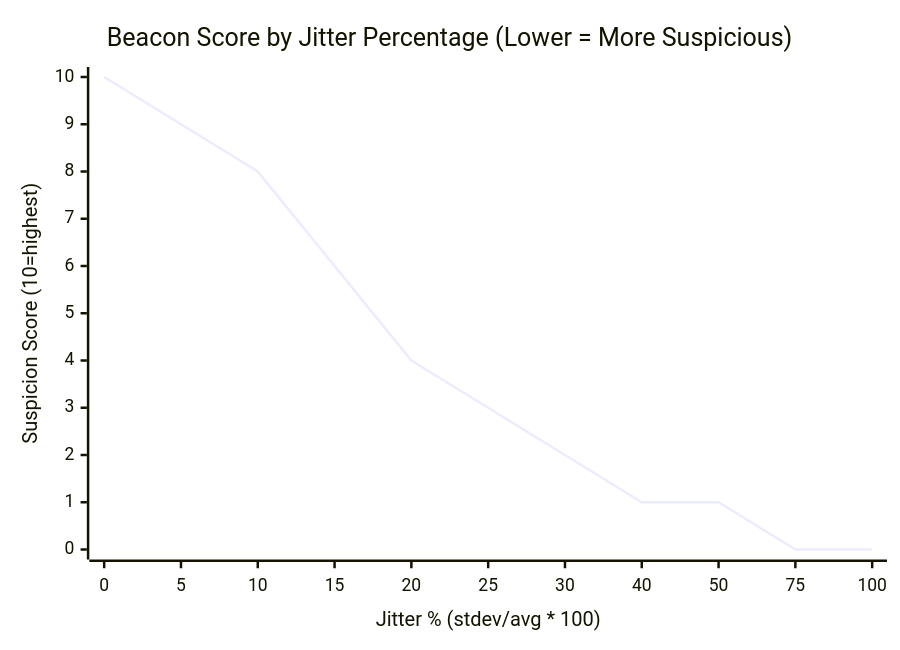
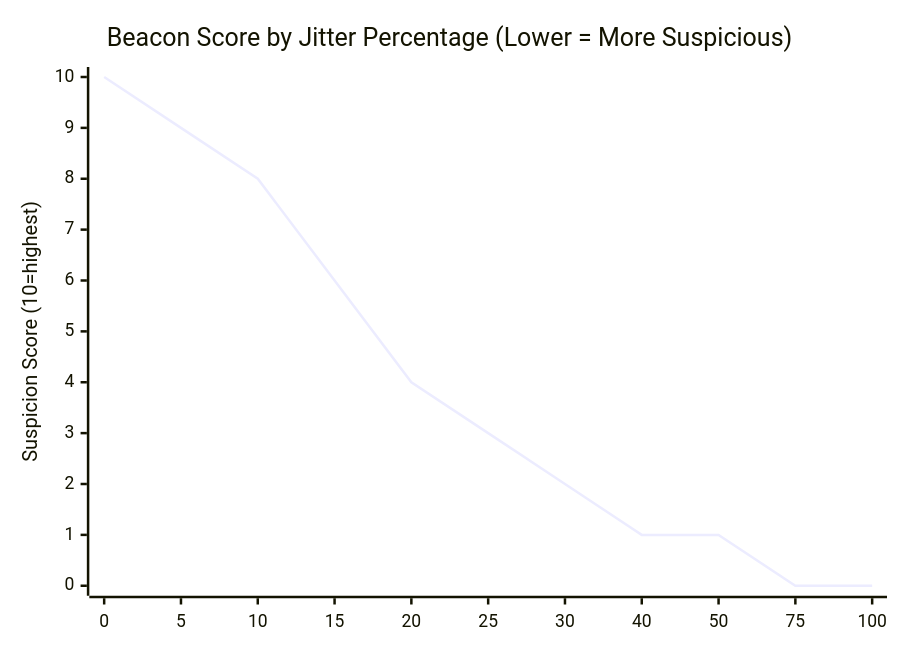
The fifth of 7 diagrams in 03_detection_use_cases/01_beaconing.md (dev-nobytes-io/Stats-for-soc-analysts), drawn with Mermaid before and after one commit. The commit also changed other lines of this file and 14 other files, not shown here.

````diff
--- a/03_detection_use_cases/01_beaconing.md
+++ b/03_detection_use_cases/01_beaconing.md
@@ -432,7 +432,7 @@
 ```mermaid
 xychart-beta
     title "Beacon Score by Jitter Percentage (Lower = More Suspicious)"
-    x-axis "Jitter % (stdev/avg * 100)" [0, 5, 10, 15, 20, 25, 30, 40, 50, 75, 100]
+    x-axis [0, 5, 10, 15, 20, 25, 30, 40, 50, 75, 100]
     y-axis "Suspicion Score (10=highest)" 0 --> 10
     line [10, 9, 8, 6, 4, 3, 2, 1, 1, 0, 0]
 ```
````
